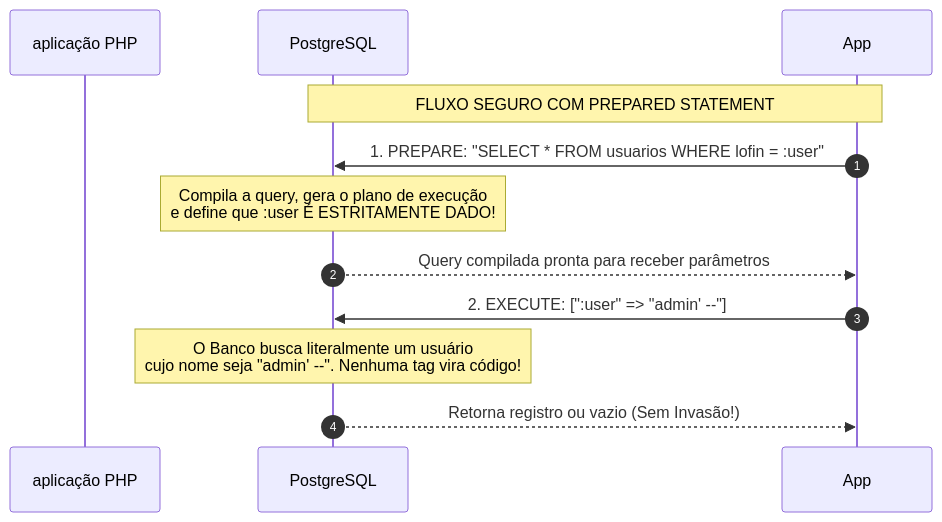
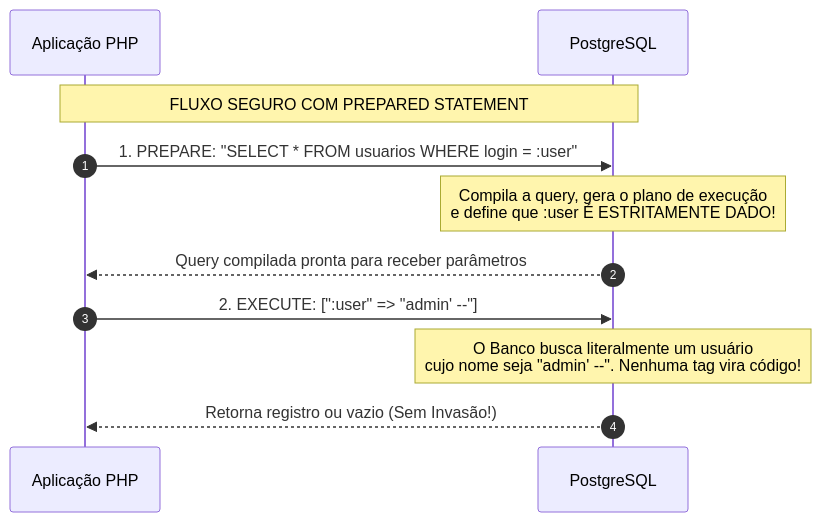
One commit to juliamenoni/Back-End changed diagram 13 of 28 in README.md. Above: the diagram before and after it, drawn with Mermaid. The commit also changed other lines of this file and 62 other files, not shown here.

````diff
--- a/README.md
+++ b/README.md
@@ -1242,14 +1317,14 @@
 ```mermaid
 sequenceDiagram
     autonumber
-    participant app as aplicação PHP
-     participant SGBD as PostgreSQL
+    participant App as Aplicação PHP
+    participant SGBD as PostgreSQL
 
     Note over App, SGBD: FLUXO SEGURO COM PREPARED STATEMENT
-    App->>SGBD: 1. PREPARE: "SELECT * FROM usuarios WHERE lofin = :user"
+    App->>SGBD: 1. PREPARE: "SELECT * FROM usuarios WHERE login = :user"
     Note over SGBD: Compila a query, gera o plano de execução<br/>e define que :user É ESTRITAMENTE DADO!
     SGBD-->>App: Query compilada pronta para receber parâmetros
     App->>SGBD: 2. EXECUTE: [":user" => "admin' --"]
     Note over SGBD: O Banco busca literalmente um usuário<br/>cujo nome seja "admin' --". Nenhuma tag vira código!
     SGBD-->>App: Retorna registro ou vazio (Sem Invasão!)
 ```
````
